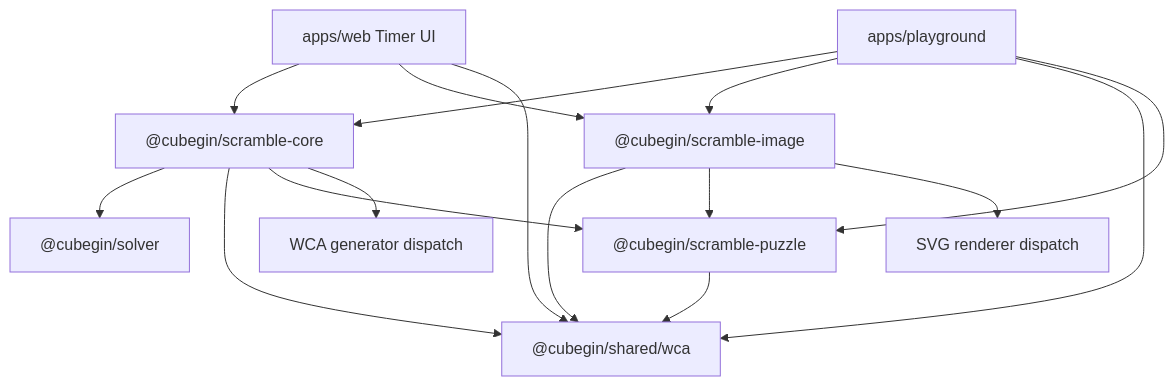
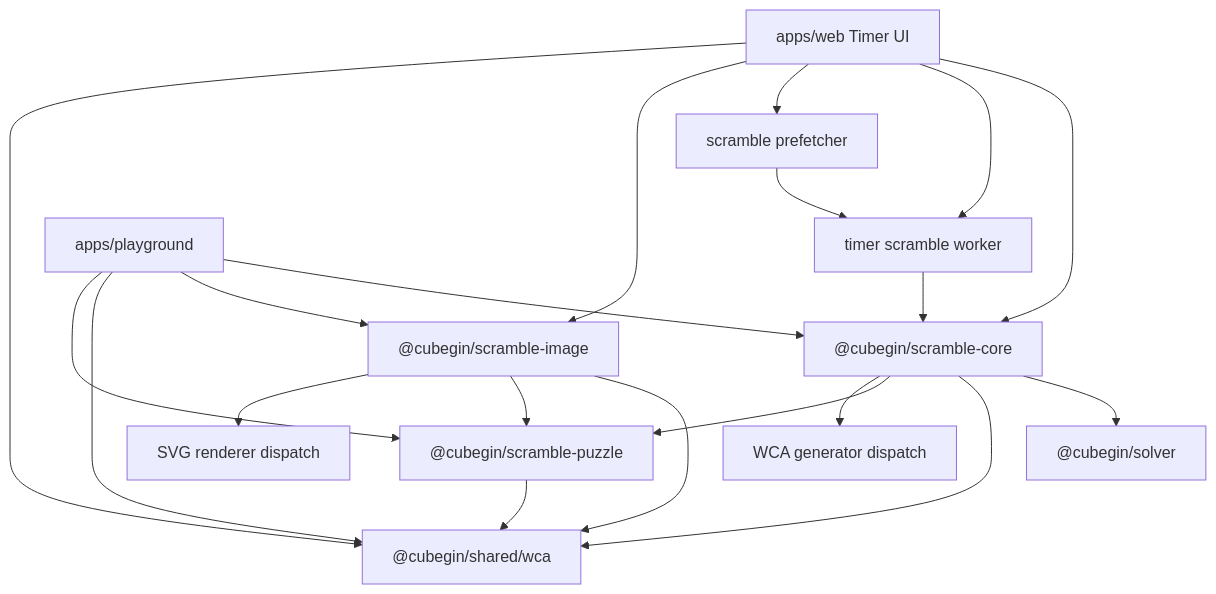
One commit to deweyou/cube-kit changed the diagram in docs/scramble-runtime.md. Above: the diagram before and after it, drawn with Mermaid. The commit also changed other lines of this file and 34 other files, not shown here.

````diff
--- a/docs/scramble-runtime.md
+++ b/docs/scramble-runtime.md
@@ -3,18 +3,22 @@
 ```mermaid
 flowchart TD
     UI["apps/web Timer UI"] --> Core["@cubegin/scramble-core"]
+    UI --> Worker["timer scramble worker"]
+    UI --> Prefetch["scramble prefetcher"]
+    Prefetch --> Worker
+    Worker --> Core
     UI --> Image["@cubegin/scramble-image"]
     UI --> Shared["@cubegin/shared/wca"]
     Playground["apps/playground"] --> Core
     Playground --> Image
     Playground --> Shared
     Playground --> Puzzle
     Core --> Solver["@cubegin/solver"]
     Puzzle["@cubegin/scramble-puzzle"] --> Shared
     Core --> Shared
     Core --> Puzzle
     Image --> Shared
     Image --> Puzzle
     Core --> Generators["WCA generator dispatch"]
     Image --> Renderers["SVG renderer dispatch"]
 ```
````
